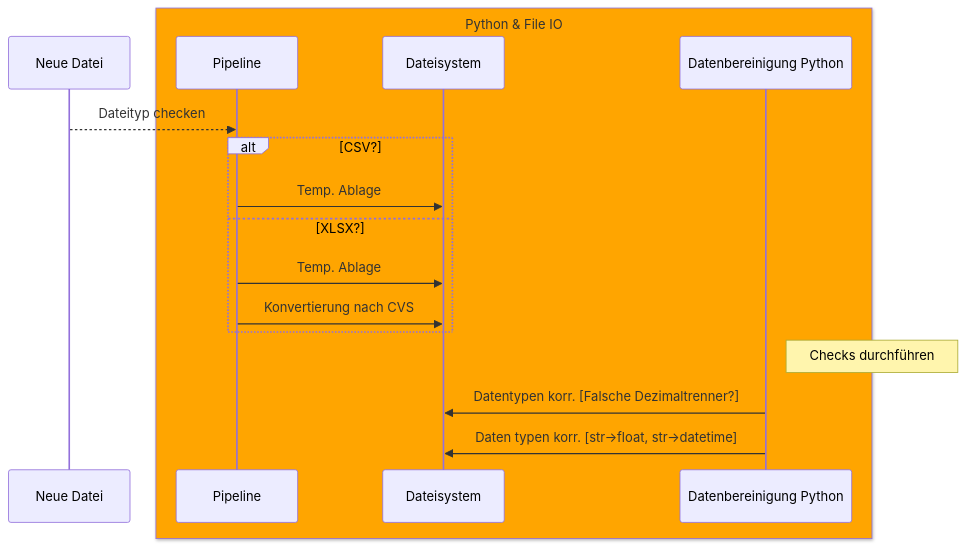
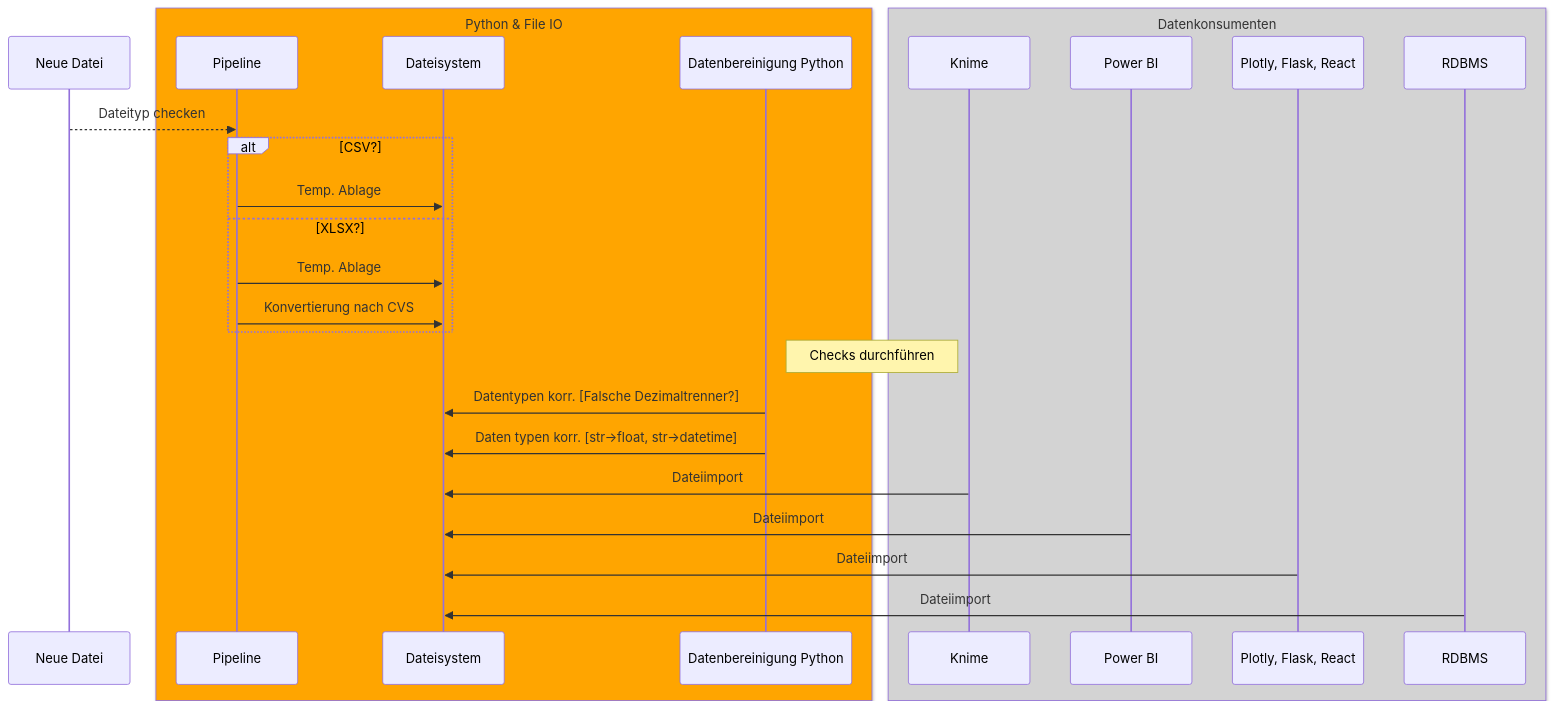
Before and after one commit to nevsglueckauf/wq: the diagram in Documentation/Data_Quality.md, drawn with Mermaid.

Commit message:
Dokumentation zur Datenbereinigung

````diff
--- a/Documentation/Data_Quality.md
+++ b/Documentation/Data_Quality.md
@@ -7,24 +7,37 @@
 ```mermaid
 sequenceDiagram
     participant inp as Neue Datei
     box ORANGE  Python &  File IO
     participant pipe as Pipeline
     participant fs as Dateisystem
     participant sanitizer as Datenbereinigung Python
     end 
+
+    box lightgray  Datenkonsumenten
+    participant knime as Knime
+    participant pbi as Power BI
+    participant dash as Plotly, Flask, React
+    participant sql as RDBMS
+    end 
+
     inp-->>pipe: Dateityp checken
      alt CSV?
             pipe->>fs: Temp. Ablage
      else XLSX?
             pipe->>fs: Temp. Ablage
             pipe->>fs: Konvertierung nach CVS
     end
     Note right of sanitizer: Checks durchführen
     sanitizer->>fs: Datentypen korr. [Falsche Dezimaltrenner?]
     sanitizer->>fs: Daten typen korr. [str->float, str->datetime]
+
+    knime->>fs: Dateiimport
+    pbi->>fs: Dateiimport
+    dash->>fs: Dateiimport
+    sql->>fs: Dateiimport
     
     
 
     
 
 ```
````
